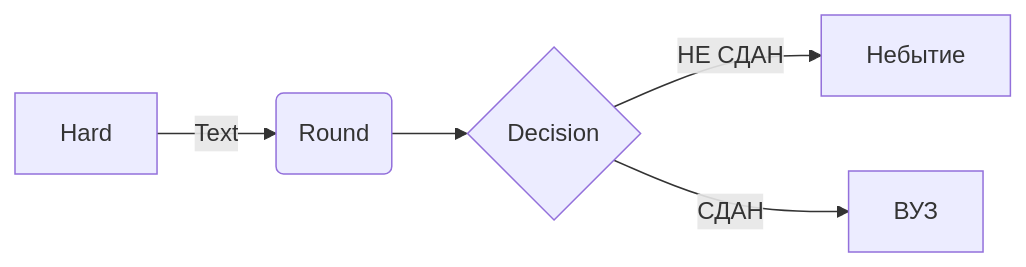
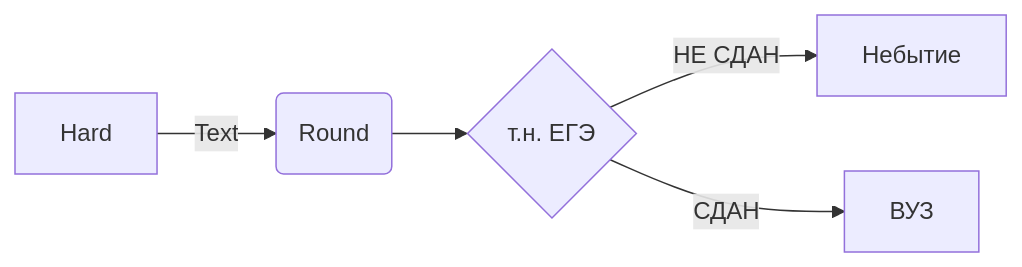
The diagram in README.md (viktorshandrikov/repository-1), drawn with Mermaid before and after one commit.

````diff
--- a/README.md
+++ b/README.md
@@ -16,8 +16,8 @@
 ```mermaid
 flowchart LR
 
 A[Hard] -->|Text| B(Round)
-B --> C{Decision}
+B --> C{т.н. ЕГЭ}
 C -->|НЕ СДАН| D[Небытие]
 C -->|СДАН| E[ВУЗ]
 ```
````
